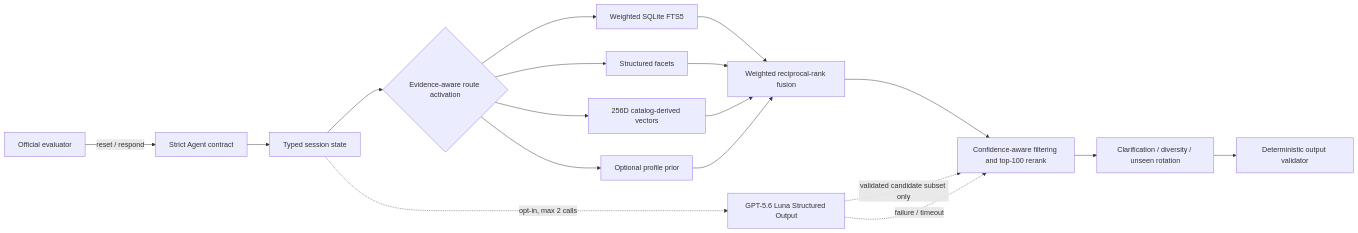
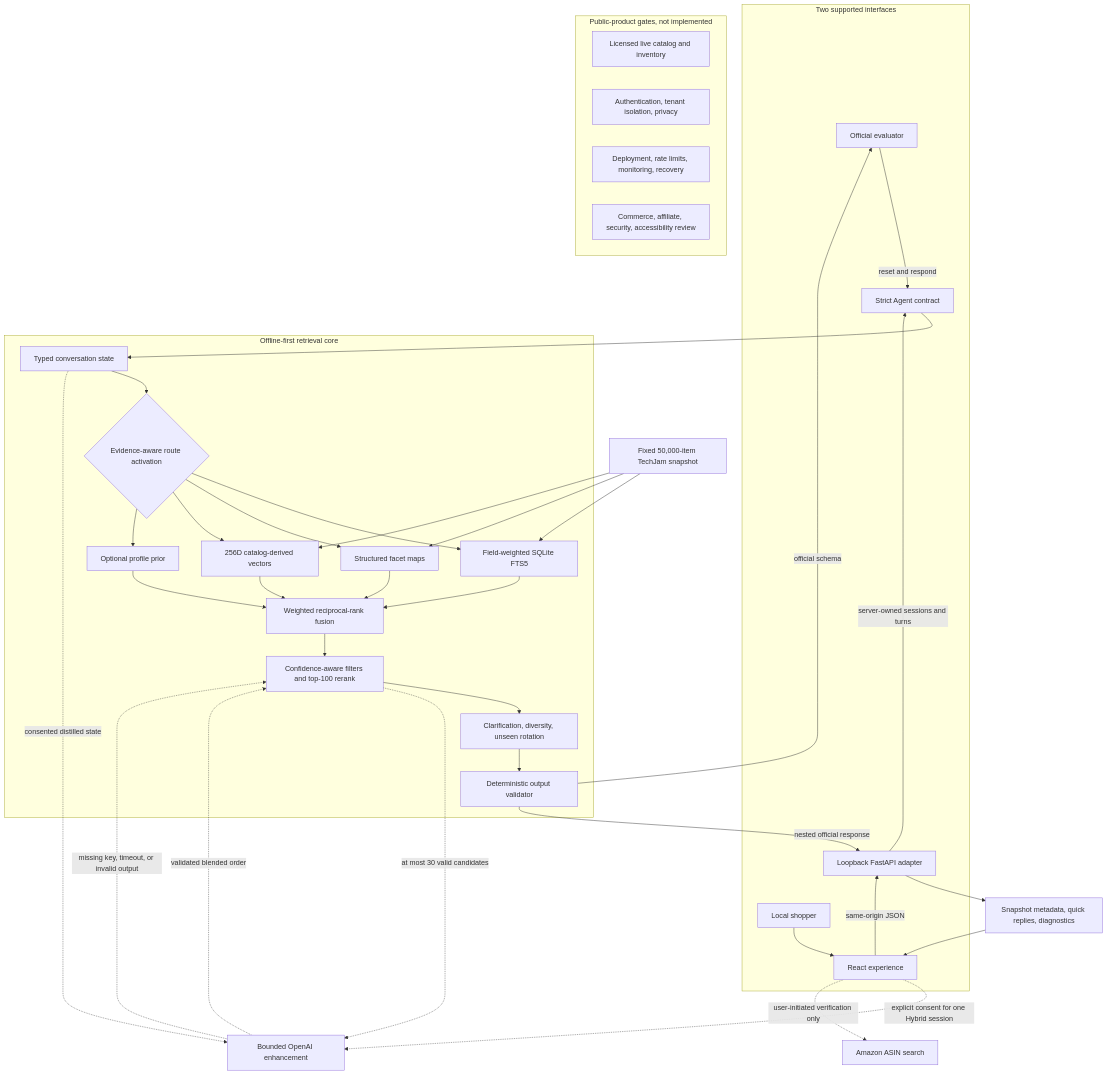
One commit to khansa-aaa/shopping-copilot-techjam-2026 changed the diagram in docs/architecture.mmd. Above: the diagram before and after it, drawn with Mermaid. The commit also changed 45 other files, not shown here.

```diff
--- a/docs/architecture.mmd
+++ b/docs/architecture.mmd
@@ -1,18 +1,46 @@
-flowchart LR
-  E[Official evaluator] -->|reset / respond| A[Strict Agent contract]
-  A --> S[Typed session state]
-  S --> R{Evidence-aware route activation}
-  R --> F[Weighted SQLite FTS5]
-  R --> X[Structured facets]
-  R --> D[256D catalog-derived vectors]
-  R --> P[Optional profile prior]
-  F --> W[Weighted reciprocal-rank fusion]
-  X --> W
-  D --> W
-  P --> W
-  W --> H[Confidence-aware filtering and top-100 rerank]
-  H --> C[Clarification / diversity / unseen rotation]
-  C --> V[Deterministic output validator]
-  S -. opt-in, max 2 calls .-> O[GPT-5.6 Luna Structured Output]
-  O -. validated candidate subset only .-> H
-  O -. failure / timeout .-> H
+flowchart TB
+  subgraph Interfaces[Two supported interfaces]
+    E[Official evaluator] -->|reset and respond| AC[Strict Agent contract]
+    U[Local shopper] --> UI[React experience]
+    UI -->|same-origin JSON| API[Loopback FastAPI adapter]
+    API -->|server-owned sessions and turns| AC
+  end
+
+  subgraph Core[Offline-first retrieval core]
+    AC --> S[Typed conversation state]
+    S --> R{Evidence-aware route activation}
+    R --> F[Field-weighted SQLite FTS5]
+    R --> X[Structured facet maps]
+    R --> D[256D catalog-derived vectors]
+    R --> P[Optional profile prior]
+    F --> WRF[Weighted reciprocal-rank fusion]
+    X --> WRF
+    D --> WRF
+    P --> WRF
+    WRF --> H[Confidence-aware filters and top-100 rerank]
+    H --> C[Clarification, diversity, unseen rotation]
+    C --> V[Deterministic output validator]
+  end
+
+  V -->|official schema| E
+  V -->|nested official response| API
+  API --> DM[Snapshot metadata, quick replies, diagnostics]
+  DM --> UI
+
+  UI -. explicit consent for one Hybrid session .-> O[Bounded OpenAI enhancement]
+  S -. consented distilled state .-> O
+  H -. at most 30 valid candidates .-> O
+  O -. validated blended order .-> H
+  O -. missing key, timeout, or invalid output .-> H
+
+  SNAP[Fixed 50,000-item TechJam snapshot] --> F
+  SNAP --> X
+  SNAP --> D
+  UI -. user-initiated verification only .-> AMZ[Amazon ASIN search]
+
+  subgraph Future[Public-product gates, not implemented]
+    LIVE[Licensed live catalog and inventory]
+    AUTH[Authentication, tenant isolation, privacy]
+    OPS[Deployment, rate limits, monitoring, recovery]
+    GOV[Commerce, affiliate, security, accessibility review]
+  end
```
